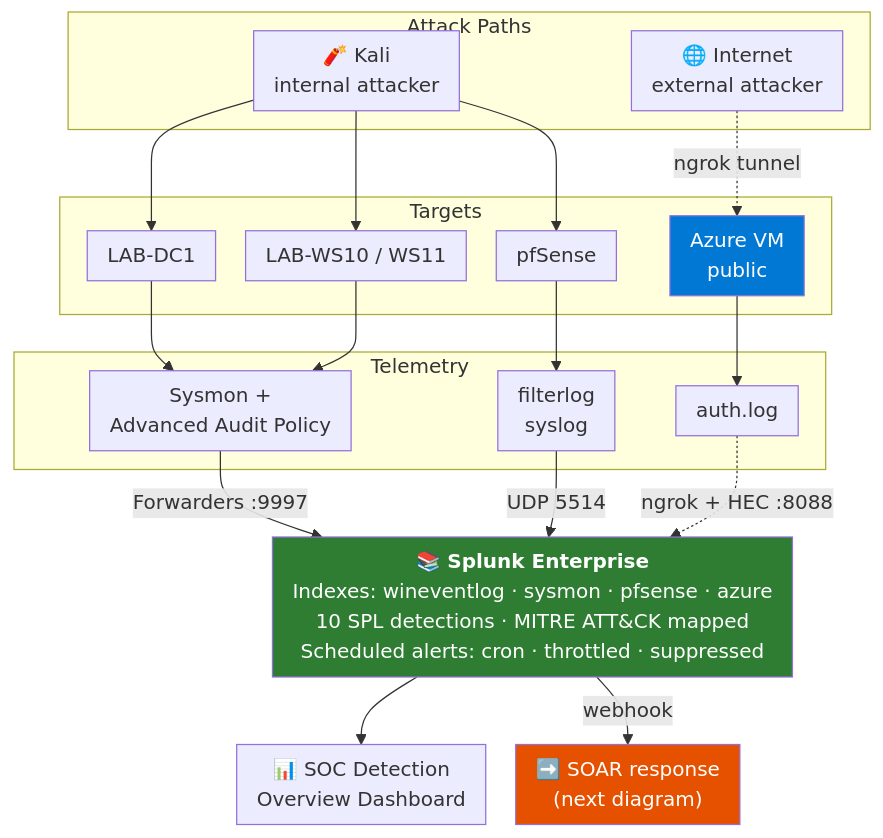
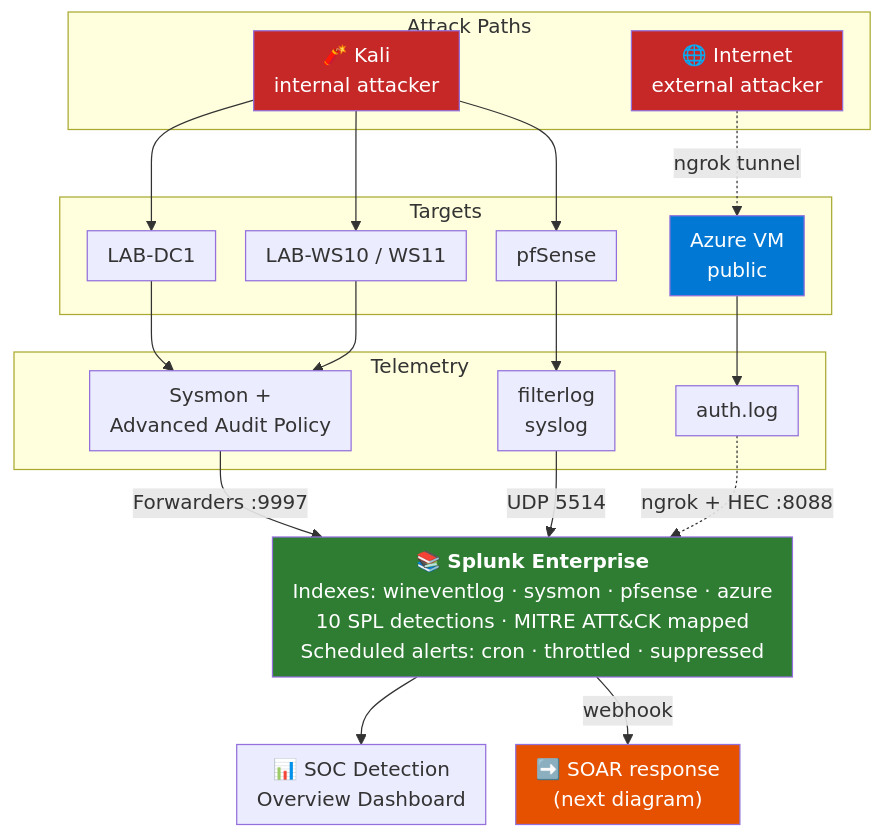
One commit to ahhmedmostafaa/SOC-SIEM-SOAR-HomeLab changed the first of 2 diagrams in architecture/README.md. Above: the diagram before and after it, drawn with Mermaid.

````diff
--- a/architecture/README.md
+++ b/architecture/README.md
@@ -11,45 +11,47 @@
 ```mermaid
 %%{init: {"flowchart": {"nodeSpacing": 24, "rankSpacing": 30, "padding": 8, "wrappingWidth": 420}}}%%
 flowchart TB
     subgraph ATK["Attack Paths"]
         KALI["🧨 Kali<br/>internal attacker"]
         INET["🌐 Internet<br/>external attacker"]
     end
 
     subgraph TGT["Targets"]
         DC["LAB-DC1"]
         WS["LAB-WS10 / WS11"]
         FW["pfSense"]
         AZ["Azure VM<br/>public"]
     end
 
     subgraph TEL["Telemetry"]
         SYSMON["Sysmon +<br/>Advanced Audit Policy"]
         FWLOG["filterlog<br/>syslog"]
         AUTHLOG["auth.log"]
     end
 
     SIEM["📚 <b>Splunk Enterprise</b><br/>Indexes: wineventlog · sysmon · pfsense · azure<br/>10 SPL detections · MITRE ATT&CK mapped<br/>Scheduled alerts: cron · throttled · suppressed"]
 
     DASH["📊 SOC Detection<br/>Overview Dashboard"]
     SOAR["➡️ SOAR response<br/>(next diagram)"]
 
     KALI --> DC & WS & FW
     INET -. ngrok tunnel .-> AZ
 
     DC --> SYSMON
     WS --> SYSMON
     FW --> FWLOG
     AZ --> AUTHLOG
 
     SYSMON -- "Forwarders :9997" --> SIEM
     FWLOG -- "UDP 5514" --> SIEM
     AUTHLOG -. "ngrok + HEC :8088" .-> SIEM
 
     SIEM --> DASH
     SIEM -- "webhook" --> SOAR
 
+    style KALI fill:#c62828,color:#fff
+    style INET fill:#c62828,color:#fff
     style SIEM fill:#2e7d32,color:#fff
     style AZ fill:#0078d4,color:#fff
     style SOAR fill:#e65100,color:#fff
 ```
````
